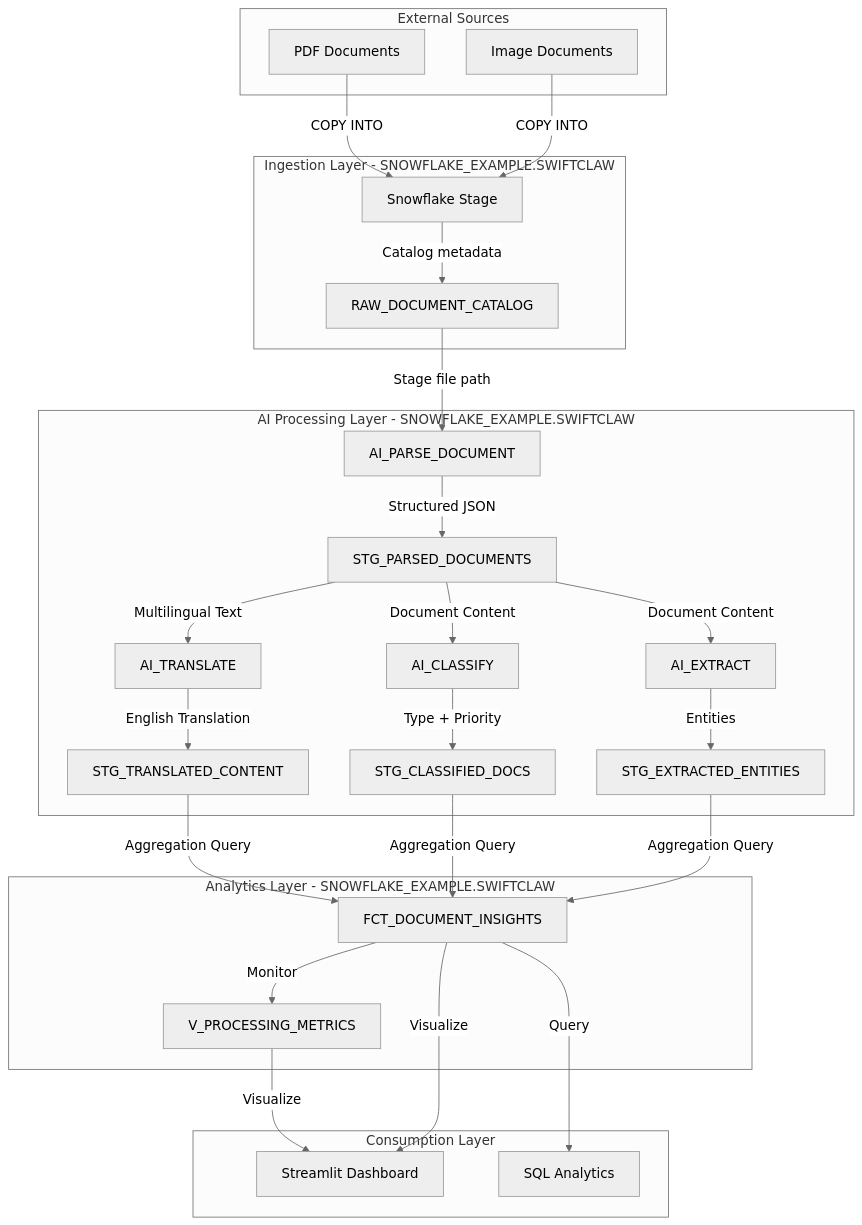
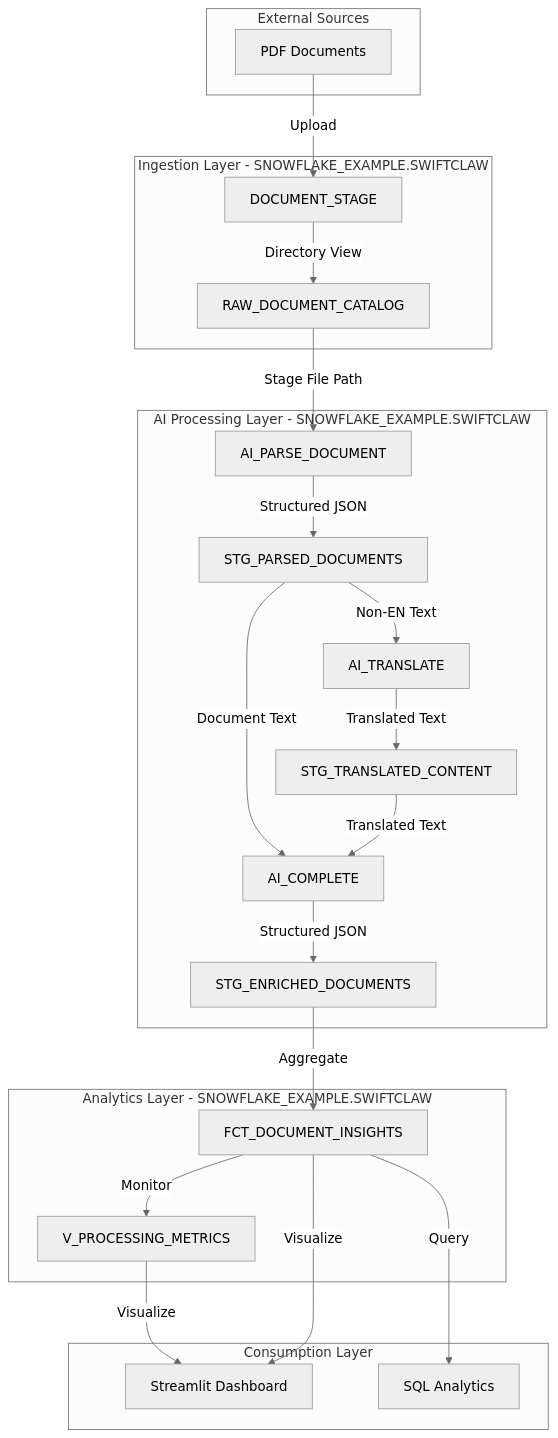
One commit to sfc-gh-miwhitaker/swiftclaw changed the diagram in diagrams/data-flow.md. Above: the diagram before and after it, drawn with Mermaid (neutral theme). The commit also changed other lines of this file and 22 other files, not shown here.

````diff
--- a/diagrams/data-flow.md
+++ b/diagrams/data-flow.md
@@ -17,59 +17,50 @@
 ```mermaid
-graph TB
-    subgraph "External Sources"
+flowchart TD
+    subgraph externalSources [External Sources]
         PDF[PDF Documents]
-        IMG[Image Documents]
     end
 
-    subgraph "Ingestion Layer - SNOWFLAKE_EXAMPLE.SWIFTCLAW"
-        Stage[Snowflake Stage]
+    subgraph ingestion [Ingestion Layer - SNOWFLAKE_EXAMPLE.SWIFTCLAW]
+        Stage[DOCUMENT_STAGE]
         Catalog[RAW_DOCUMENT_CATALOG]
     end
 
-    subgraph "AI Processing Layer - SNOWFLAKE_EXAMPLE.SWIFTCLAW"
+    subgraph processing [AI Processing Layer - SNOWFLAKE_EXAMPLE.SWIFTCLAW]
         Parse[AI_PARSE_DOCUMENT]
         Parsed[STG_PARSED_DOCUMENTS]
         Translate[AI_TRANSLATE]
         Translated[STG_TRANSLATED_CONTENT]
-        Classify[AI_CLASSIFY]
-        Classified[STG_CLASSIFIED_DOCS]
-        Extract[AI_EXTRACT]
-        Entities[STG_EXTRACTED_ENTITIES]
+        Enrich[AI_COMPLETE]
+        Enriched[STG_ENRICHED_DOCUMENTS]
     end
 
-    subgraph "Analytics Layer - SNOWFLAKE_EXAMPLE.SWIFTCLAW"
+    subgraph analytics [Analytics Layer - SNOWFLAKE_EXAMPLE.SWIFTCLAW]
         Insights[FCT_DOCUMENT_INSIGHTS]
         Metrics[V_PROCESSING_METRICS]
     end
 
-    subgraph "Consumption Layer"
+    subgraph consumption [Consumption Layer]
         Streamlit[Streamlit Dashboard]
         SQL[SQL Analytics]
     end
 
-    PDF -->|COPY INTO| Stage
-    IMG -->|COPY INTO| Stage
-    Stage -->|Catalog metadata| Catalog
+    PDF -->|Upload| Stage
+    Stage -->|Directory View| Catalog
 
-    Catalog -->|Stage file path| Parse
+    Catalog -->|Stage File Path| Parse
     Parse -->|Structured JSON| Parsed
 
-    Parsed -->|Multilingual Text| Translate
-    Translate -->|English Translation| Translated
+    Parsed -->|Non-EN Text| Translate
+    Translate -->|Translated Text| Translated
 
-    Parsed -->|Document Content| Classify
-    Classify -->|Type + Priority| Classified
+    Parsed -->|Document Text| Enrich
+    Translated -->|Translated Text| Enrich
+    Enrich -->|Structured JSON| Enriched
 
-    Parsed -->|Document Content| Extract
-    Extract -->|Entities| Entities
-
-    Translated -->|Aggregation Query| Insights
-    Classified -->|Aggregation Query| Insights
-    Entities -->|Aggregation Query| Insights
-
+    Enriched -->|Aggregate| Insights
     Insights -->|Monitor| Metrics
 
     Metrics -->|Visualize| Streamlit
     Insights -->|Visualize| Streamlit
     Insights -->|Query| SQL
 ```
````
